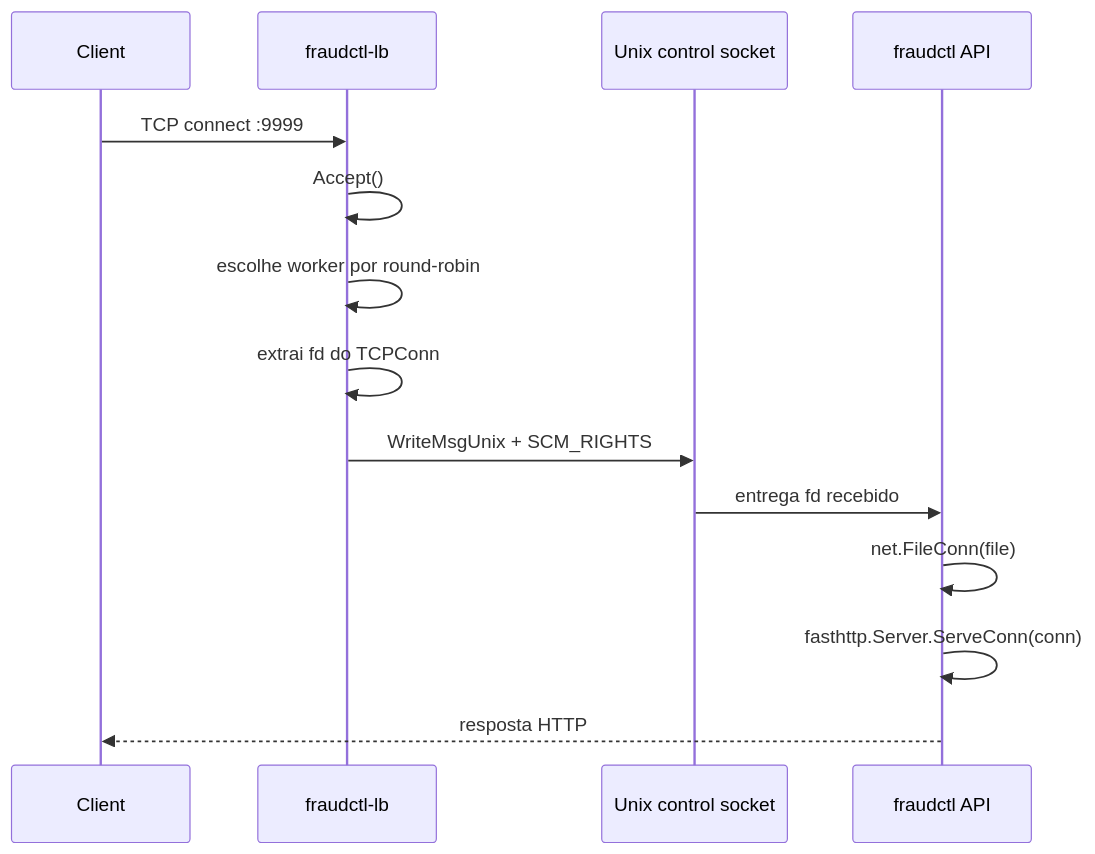
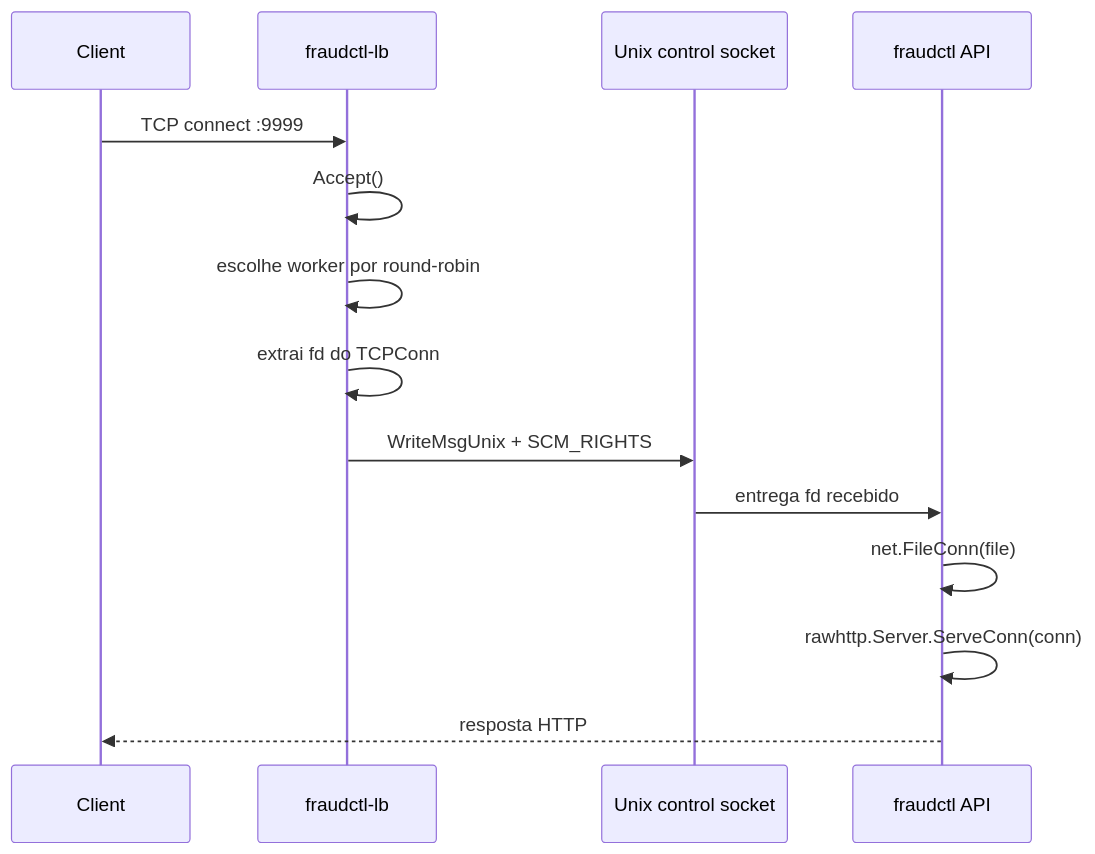
The first of 2 diagrams in docs/LOAD_BALANCER.md (fabianoflorentino/fraudctl), drawn with Mermaid before and after one commit. The commit also changed other lines of this file and 5 other files, not shown here.

````diff
--- a/docs/LOAD_BALANCER.md
+++ b/docs/LOAD_BALANCER.md
@@ -25,17 +25,17 @@
 ```mermaid
 sequenceDiagram
     participant C as Client
     participant LB as fraudctl-lb
     participant U as Unix control socket
     participant API as fraudctl API
 
     C->>LB: TCP connect :9999
     LB->>LB: Accept()
     LB->>LB: escolhe worker por round-robin
     LB->>LB: extrai fd do TCPConn
     LB->>U: WriteMsgUnix + SCM_RIGHTS
     U->>API: entrega fd recebido
     API->>API: net.FileConn(file)
-    API->>API: fasthttp.Server.ServeConn(conn)
+    API->>API: rawhttp.Server.ServeConn(conn)
     API-->>C: resposta HTTP
 ```
````
